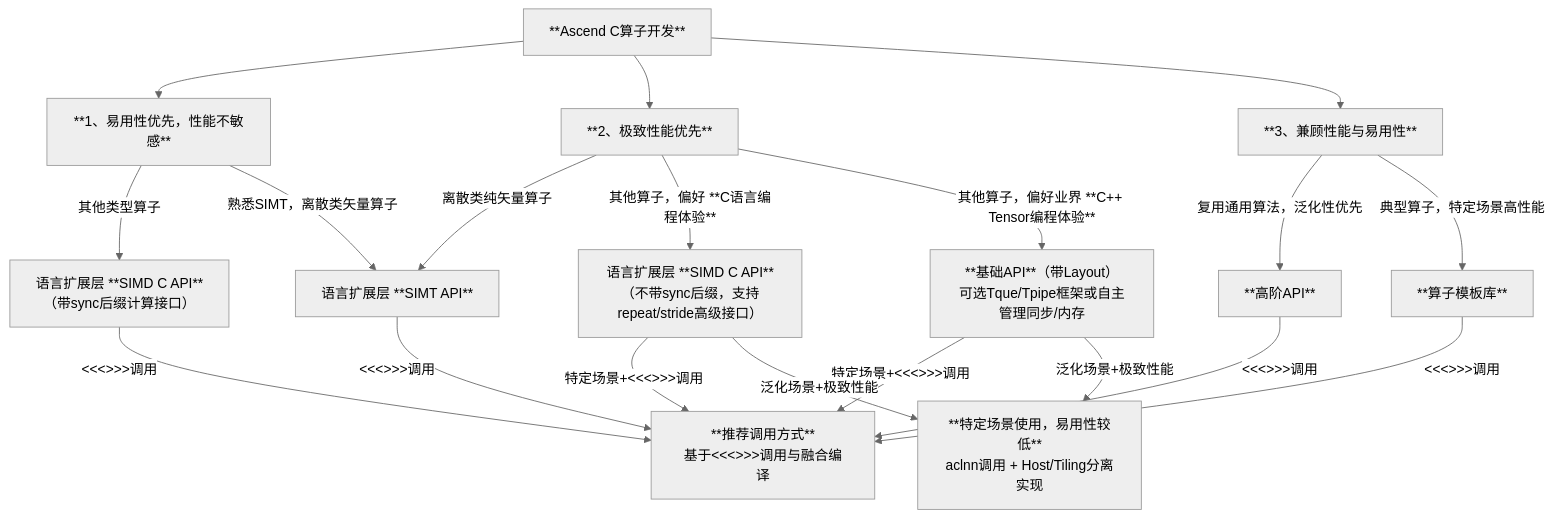
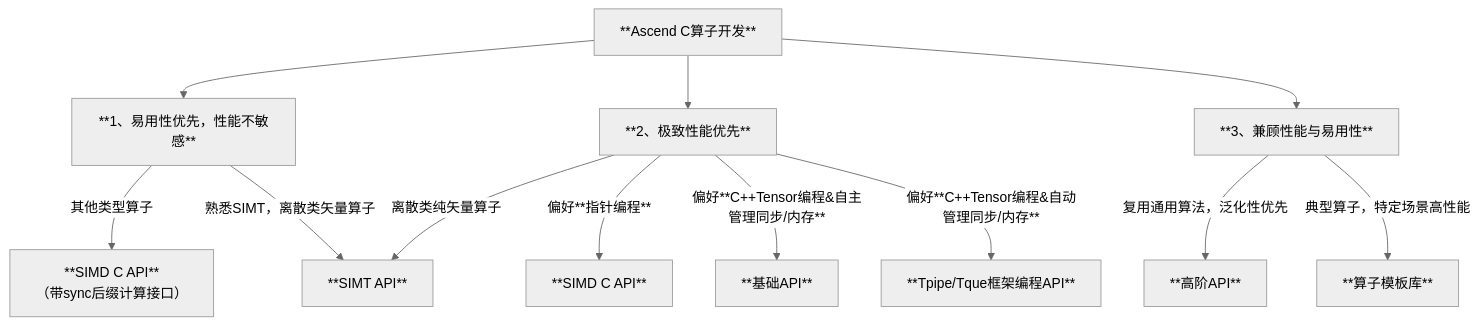
The diagram in docs/asc_how_to_choose_api.md (qingshangyan12/asc-devkit_clone), drawn with Mermaid (neutral theme) before and after one commit. The commit also changed other lines of this file and 1 other file, not shown here.

Commit message:
update how to choose api

````diff
--- a/docs/asc_how_to_choose_api.md
+++ b/docs/asc_how_to_choose_api.md
@@ -31,24 +38,16 @@
 ```mermaid
 graph TD
     A[**Ascend C算子开发**] --> B[**1、易用性优先，性能不敏感**]
     A --> C[**2、极致性能优先**]
     A --> D[**3、兼顾性能与易用性**]
-    B -->|其他类型算子| E[语言扩展层 **SIMD C API**<br>（带sync后缀计算接口）]
-    B -->|熟悉SIMT，离散类矢量算子| F[语言扩展层 **SIMT API**]
+    B -->|其他类型算子| E[**SIMD C API**<br>（带sync后缀计算接口）]
+    B -->|熟悉SIMT，离散类矢量算子| F[**SIMT API**]
     C -->|离散类纯矢量算子| F
-    C -->|其他算子，偏好 **C语言编程体验**| P[语言扩展层 **SIMD C API**<br>（不带sync后缀，支持repeat/stride高级接口）]
-    C -->|其他算子，偏好业界 **C++ Tensor编程体验**| I[**基础API**（带Layout）<br>可选Tque/Tpipe框架或自主管理同步/内存]
-    
+    C -->|偏好**指针编程**| P[**SIMD C API**]
+    C -->|偏好**C++Tensor编程&自主管理同步/内存**| I[**基础API**]
+    C -->|偏好**C++Tensor编程&自动管理同步/内存**| J[**Tpipe/Tque框架编程API**]
+
     D -->|复用通用算法，泛化性优先| K[**高阶API**]
     D -->|典型算子，特定场景高性能| L[**算子模板库**]
     
-    E --> |<<<>>>调用| M[**推荐调用方式**<br>基于<<<>>>调用与融合编译]
-    P --> |特定场景+<<<>>>调用| M
-    F --> |<<<>>>调用| M
-    I --> |特定场景+<<<>>>调用| M
-    K --> |<<<>>>调用| M
-    L --> |<<<>>>调用| M
-    
-    I --> |泛化场景+极致性能| N[**特定场景使用，易用性较低**<br>aclnn调用 + Host/Tiling分离实现]
-    P --> |泛化场景+极致性能| N
 ```
````
